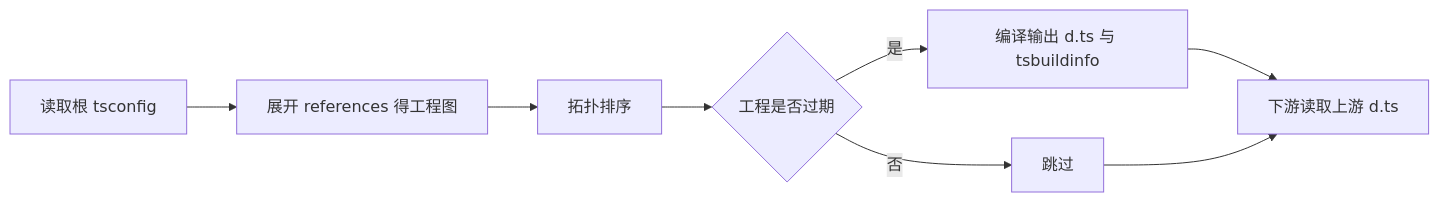
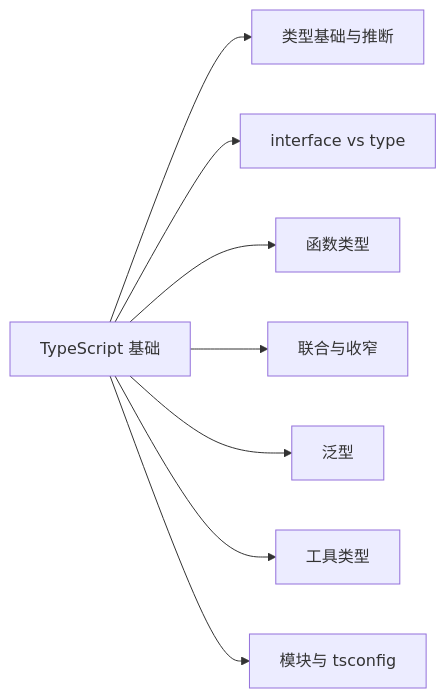
Before and after one commit to lfire/AFFiNE: the diagram in learning-guide/slides/decks/05.md, drawn with Mermaid. The commit also changed other lines of this file and 73 other files, not shown here.

````diff
--- a/learning-guide/slides/decks/05.md
+++ b/learning-guide/slides/decks/05.md
@@ -147,10 +27,10 @@
 ```mermaid
 flowchart LR
-  A["读取根 tsconfig"] --> B["展开 references 得工程图"]
-  B --> C["拓扑排序"]
-  C --> D{"工程是否过期"}
-  D -->|是| E["编译输出 d.ts 与 tsbuildinfo"]
-  D -->|否| F["跳过"]
-  E --> G["下游读取上游 d.ts"]
-  F --> G
+  A["TypeScript 基础"] --> B["类型基础与推断"]
+  A --> C["interface vs type"]
+  A --> D["函数类型"]
+  A --> E["联合与收窄"]
+  A --> F["泛型"]
+  A --> G["工具类型"]
+  A --> H["模块与 tsconfig"]
 ```
````
